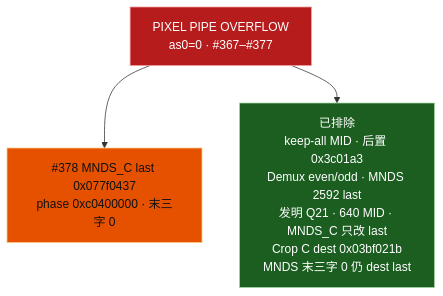
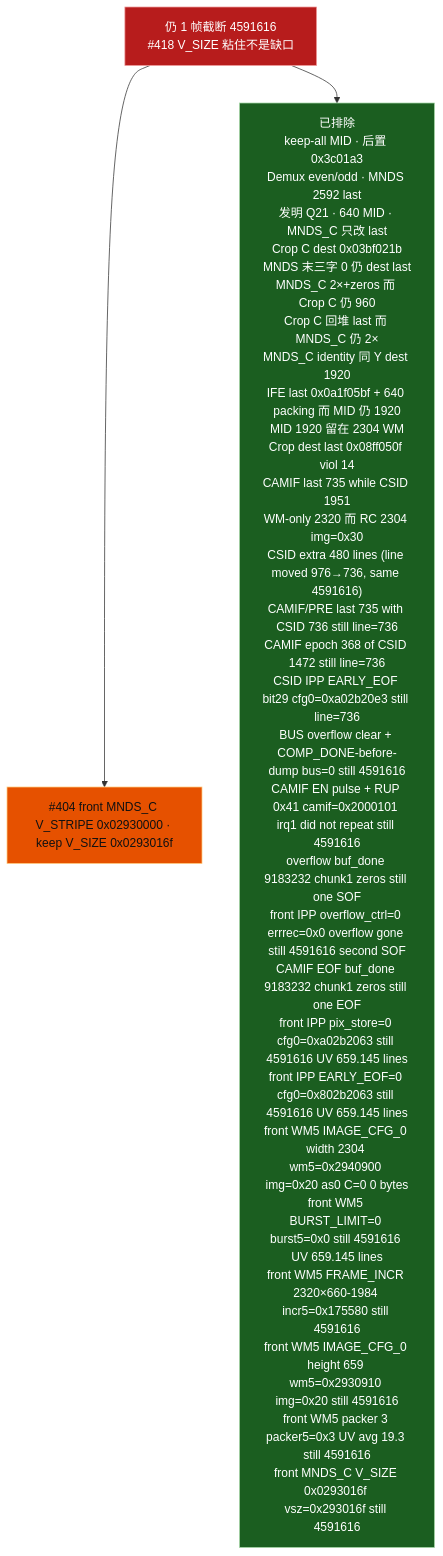
One commit to Huabin1010/dagu-mainline-linux changed the fifth of 5 diagrams in linux-mainline/docs/dagu-ife-front-pipeline-status.md. Above: the diagram before and after it, drawn with Mermaid. The commit also changed other lines of this file and 11 other files, not shown here.

First line of the commit message:
fix: keep front CSID overflow recover off for a second SOF

````diff
--- a/linux-mainline/docs/dagu-ife-front-pipeline-status.md
+++ b/linux-mainline/docs/dagu-ife-front-pipeline-status.md
@@ -163,19 +191,19 @@
 ```mermaid
 flowchart TB
-  STUCK["PIXEL PIPE OVERFLOW<br/>as0=0 · #367–#377"]
+  STUCK["仍 1 帧截断 4591616<br/>#418 V_SIZE 粘住不是缺口"]
 
   STUCK --> H1
   STUCK --> NO
 
-  H1["#378 MNDS_C last 0x077f0437<br/>phase 0xc0400000 · 末三字 0"]
-  NO["已排除<br/>keep-all MID · 后置 0x3c01a3<br/>Demux even/odd · MNDS 2592 last<br/>发明 Q21 · 640 MID · MNDS_C 只改 last<br/>Crop C dest 0x03bf021b<br/>MNDS 末三字 0 仍 dest last"]
+  H1["#404 front MNDS_C V_STRIPE 0x02930000 · keep V_SIZE 0x0293016f"]
+  NO["已排除<br/>keep-all MID · 后置 0x3c01a3<br/>Demux even/odd · MNDS 2592 last<br/>发明 Q21 · 640 MID · MNDS_C 只改 last<br/>Crop C dest 0x03bf021b<br/>MNDS 末三字 0 仍 dest last<br/>MNDS_C 2×+zeros 而 Crop C 仍 960<br/>Crop C 回堆 last 而 MNDS_C 仍 2×<br/>MNDS_C identity 同 Y dest 1920<br/>IFE last 0x0a1f05bf + 640 packing 而 MID 仍 1920<br/>MID 1920 留在 2304 WM<br/>Crop dest last 0x08ff050f viol 14<br/>CAMIF last 735 while CSID 1951<br/>WM-only 2320 而 RC 2304 img=0x30<br/>CSID extra 480 lines (line moved 976→736, same 4591616)<br/>CAMIF/PRE last 735 with CSID 736 still line=736<br/>CAMIF epoch 368 of CSID 1472 still line=736<br/>CSID IPP EARLY_EOF bit29 cfg0=0xa02b20e3 still line=736<br/>BUS overflow clear + COMP_DONE-before-dump bus=0 still 4591616<br/>CAMIF EN pulse + RUP 0x41 camif=0x2000101 irq1 did not repeat still 4591616<br/>overflow buf_done 9183232 chunk1 zeros still one SOF<br/>front IPP overflow_ctrl=0 errrec=0x0 overflow gone still 4591616 second SOF<br/>CAMIF EOF buf_done 9183232 chunk1 zeros still one EOF<br/>front IPP pix_store=0 cfg0=0xa02b2063 still 4591616 UV 659.145 lines<br/>front IPP EARLY_EOF=0 cfg0=0x802b2063 still 4591616 UV 659.145 lines<br/>front WM5 IMAGE_CFG_0 width 2304 wm5=0x2940900 img=0x20 as0 C=0 0 bytes<br/>front WM5 BURST_LIMIT=0 burst5=0x0 still 4591616 UV 659.145 lines<br/>front WM5 FRAME_INCR 2320×660-1984 incr5=0x175580 still 4591616<br/>front WM5 IMAGE_CFG_0 height 659 wm5=0x2930910 img=0x20 still 4591616<br/>front WM5 packer 3 packer5=0x3 UV avg 19.3 still 4591616<br/>front MNDS_C V_SIZE 0x0293016f vsz=0x293016f still 4591616"]
 
   class STUCK stuck
   class H1 gap
   class NO ok
 
   classDef ok fill:#1b5e20,stroke:#a5d6a7,color:#fff
   classDef gap fill:#e65100,stroke:#ffcc80,color:#111
   classDef stuck fill:#b71c1c,stroke:#ef9a9a,color:#fff
   classDef later fill:#424242,stroke:#bdbdbd,color:#eee
 ```
````
